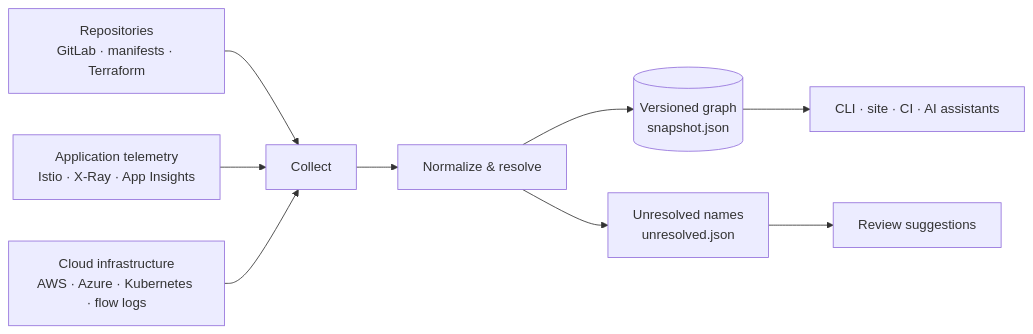
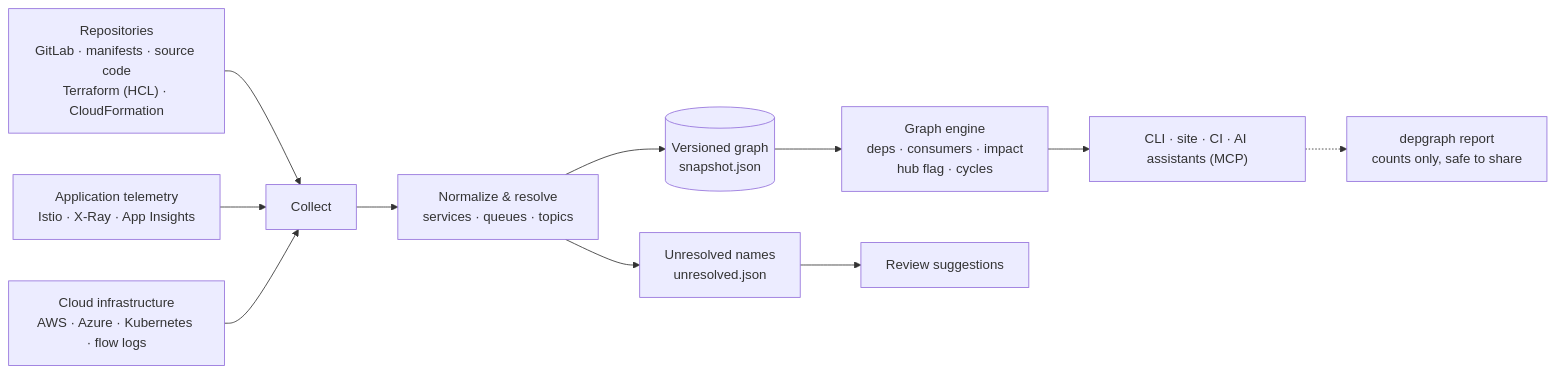
One commit to DennisvDijk/dependency-graph changed the diagram in README.md. Above: the diagram before and after it, drawn with Mermaid. The commit also changed other lines of this file and 1 other file, not shown here.

Commit message:
README and MCP docs: diagram, hubs, HCL and messaging, status and trust (#22)

````diff
--- a/README.md
+++ b/README.md
@@ -34,11 +34,13 @@
 ```mermaid
 flowchart LR
-    A["Repositories<br/>GitLab · manifests · Terraform"] --> D["Collect"]
+    A["Repositories<br/>GitLab · manifests · source code<br/>Terraform (HCL) · CloudFormation"] --> D["Collect"]
     B["Application telemetry<br/>Istio · X-Ray · App Insights"] --> D
     C["Cloud infrastructure<br/>AWS · Azure · Kubernetes · flow logs"] --> D
-    D --> E["Normalize & resolve"]
+    D --> E["Normalize & resolve<br/>services · queues · topics"]
     E --> F[("Versioned graph<br/>snapshot.json")]
     E --> G["Unresolved names<br/>unresolved.json"]
-    F --> H["CLI · site · CI · AI assistants"]
+    F --> J["Graph engine<br/>deps · consumers · impact<br/>hub flag · cycles"]
+    J --> H["CLI · site · CI · AI assistants (MCP)"]
     G --> I["Review suggestions"]
+    H -.-> K["depgraph report<br/>counts only, safe to share"]
 ```
````
